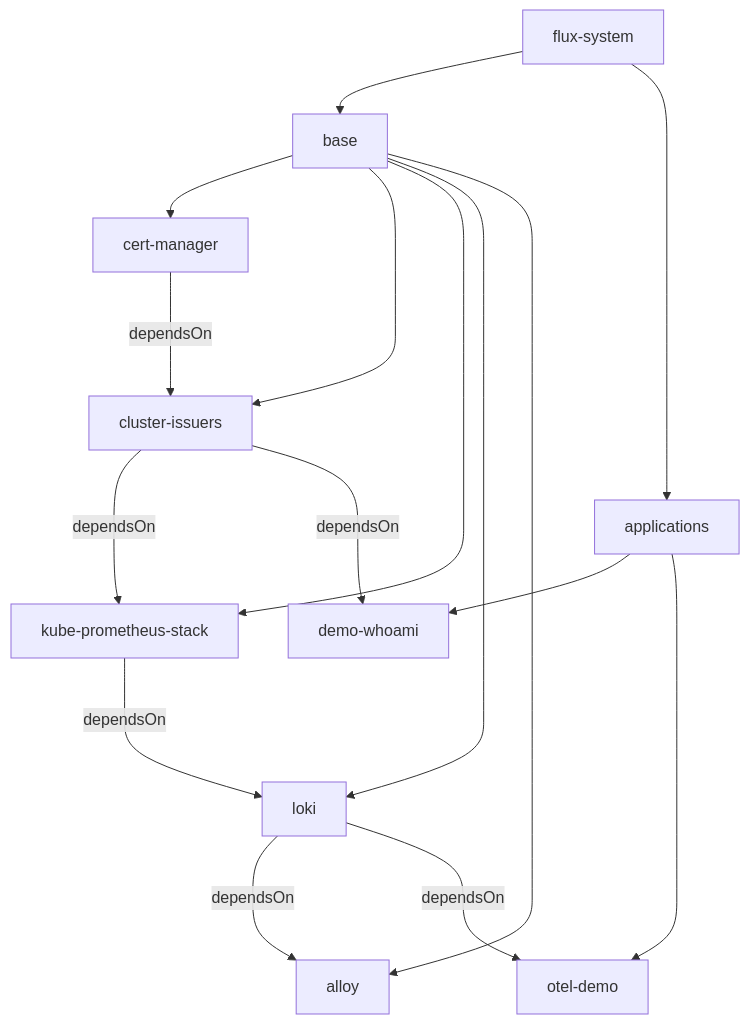
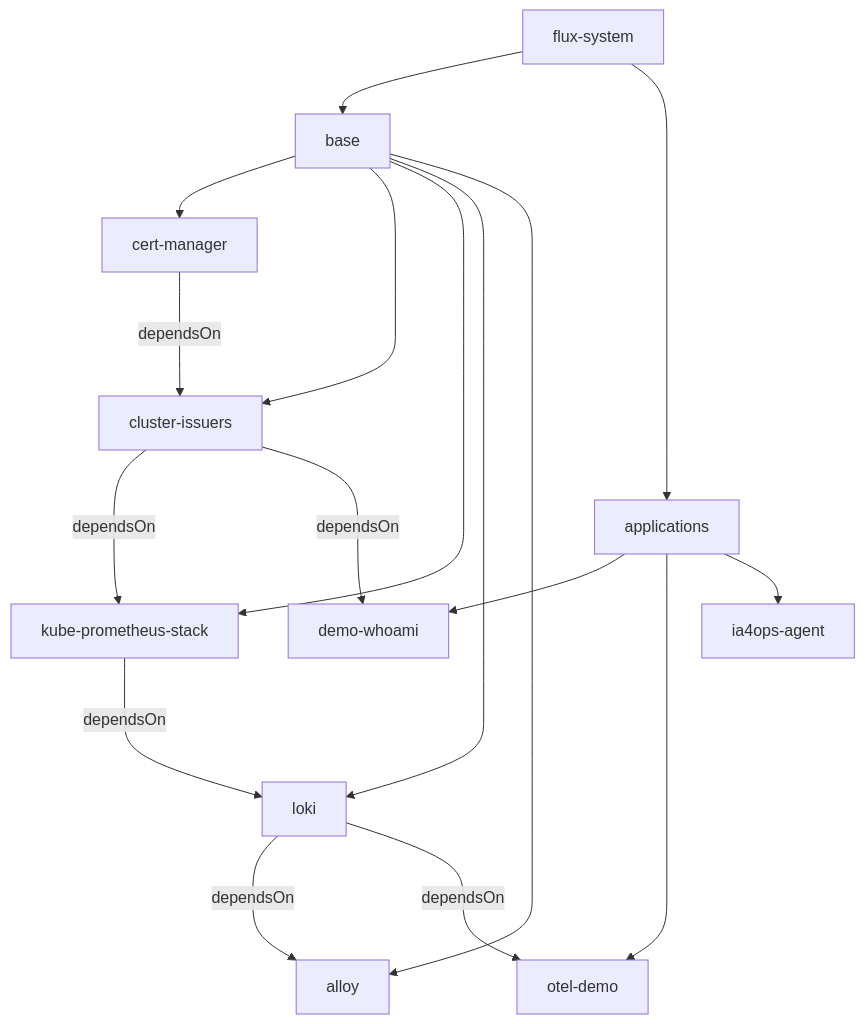
Before and after one commit to FabianCh/poc-ai4ops: the diagram in manifest/flux-system/README.md, drawn with Mermaid. The commit also changed 12 other files, not shown here.

First line of the commit message:
feat(ia4ops-agent): déploiement Flux, NetworkPolicy et webhook Alertmanager

````diff
--- a/manifest/flux-system/README.md
+++ b/manifest/flux-system/README.md
@@ -35,18 +35,19 @@
 ```mermaid
 flowchart TD
     flux-system --> base
     flux-system --> applications
     base --> cert-manager
     base --> cluster-issuers
     base --> kube-prometheus-stack
     base --> loki
     base --> alloy
     cert-manager ---> |dependsOn| cluster-issuers
     cluster-issuers ---> |dependsOn| kube-prometheus-stack
     kube-prometheus-stack ---> |dependsOn| loki
     loki ---> |dependsOn| alloy
     cluster-issuers ---> |dependsOn| demo-whoami
     applications --> demo-whoami
     applications --> otel-demo
+    applications --> ia4ops-agent
     loki ---> |dependsOn| otel-demo
 ```
````
